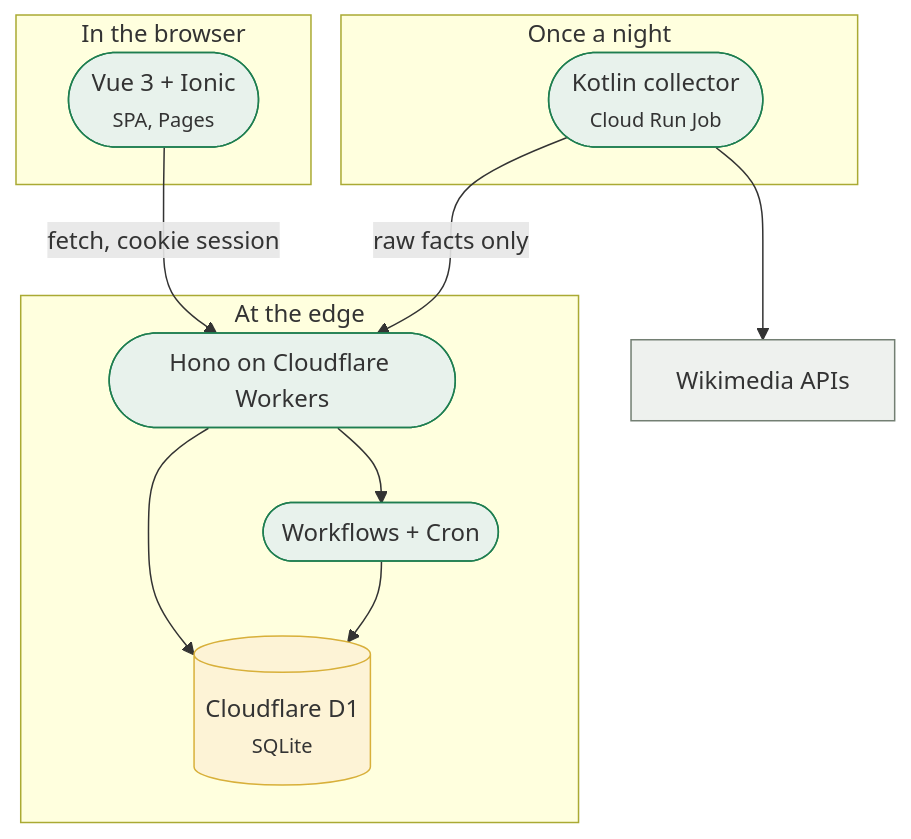
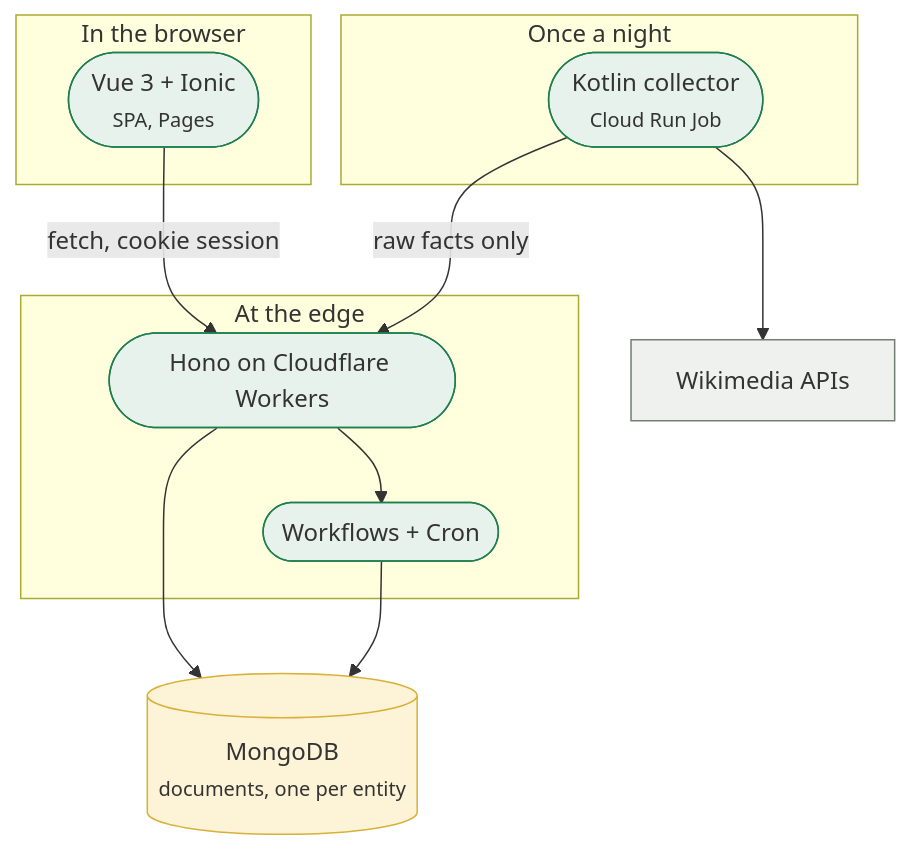
Before and after one commit to FantasyWiki/FantasyWiki: the diagram in docs/site/pages/overview/technologies.md, drawn with Mermaid. The commit also changed other lines of this file and 48 other files, not shown here.

````diff
--- a/docs/site/pages/overview/technologies.md
+++ b/docs/site/pages/overview/technologies.md
@@ -17,30 +17,31 @@
 ```mermaid
 flowchart TB
   subgraph browser["In the browser"]
     FE(["Vue 3 + Ionic<br/><small>SPA, Pages</small>"])
   end
 
   subgraph edge["At the edge"]
     BE(["Hono on Cloudflare Workers"])
-    DB[("Cloudflare D1<br/><small>SQLite</small>")]
     WF(["Workflows + Cron"])
   end
+
+  DB[("MongoDB<br/><small>documents, one per entity</small>")]
 
   subgraph nightly["Once a night"]
     CO(["Kotlin collector<br/><small>Cloud Run Job</small>"])
   end
 
   WM["Wikimedia APIs"]
 
   FE -->|"fetch, cookie session"| BE
   BE --> DB
   BE --> WF
   WF --> DB
   CO -->|"raw facts only"| BE
   CO --> WM
 
   classDef app fill:#e8f2ec,stroke:#1e7e50;
   classDef store fill:#fdf3d6,stroke:#d8b03a;
   classDef out fill:#eef1ee,stroke:#737f73;
   class FE,BE,WF,CO app; class DB store; class WM out;
 ```
````
